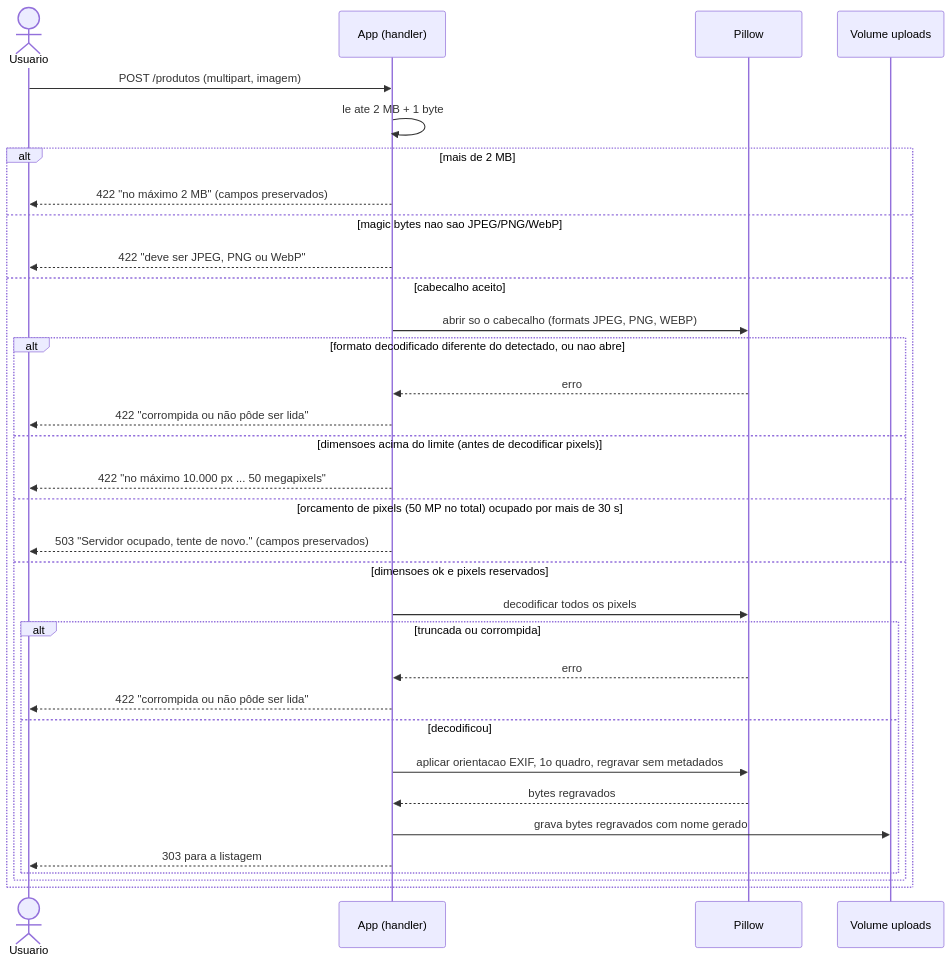
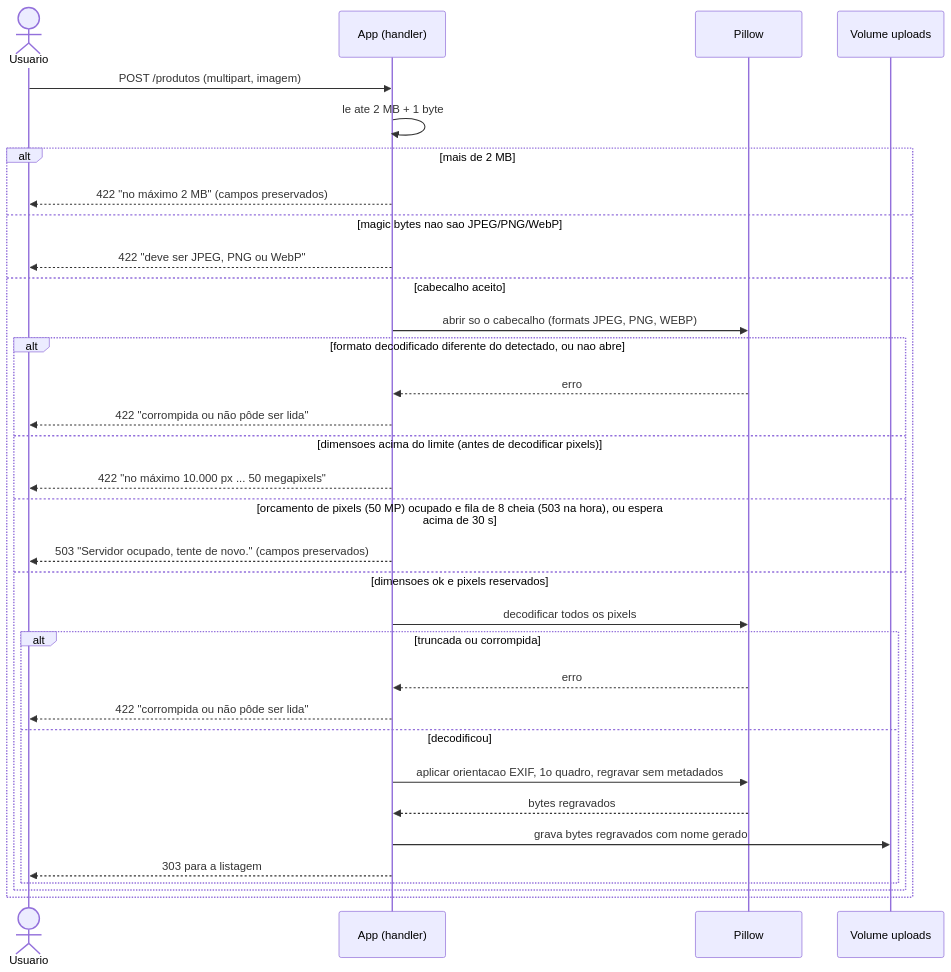
The fifth of 6 diagrams in docs/modelos/modelos.md (IgorCdeLima/lab), drawn with Mermaid before and after one commit. The commit also changed 3 other files, not shown here.

First line of the commit message:
fix(imagens): fila de espera limitada com 503 imediato (SEC-T0010-02)

````diff
--- a/docs/modelos/modelos.md
+++ b/docs/modelos/modelos.md
@@ -68,35 +68,35 @@
 ```mermaid
 sequenceDiagram
     actor U as Usuario
     participant A as App (handler)
     participant P as Pillow
     participant V as Volume uploads
     U->>A: POST /produtos (multipart, imagem)
     A->>A: le ate 2 MB + 1 byte
     alt mais de 2 MB
         A-->>U: 422 "no máximo 2 MB" (campos preservados)
     else magic bytes nao sao JPEG/PNG/WebP
         A-->>U: 422 "deve ser JPEG, PNG ou WebP"
     else cabecalho aceito
         A->>P: abrir so o cabecalho (formats JPEG, PNG, WEBP)
         alt formato decodificado diferente do detectado, ou nao abre
             P-->>A: erro
             A-->>U: 422 "corrompida ou não pôde ser lida"
         else dimensoes acima do limite (antes de decodificar pixels)
             A-->>U: 422 "no máximo 10.000 px ... 50 megapixels"
-        else orcamento de pixels (50 MP no total) ocupado por mais de 30 s
+        else orcamento de pixels (50 MP) ocupado e fila de 8 cheia (503 na hora), ou espera acima de 30 s
             A-->>U: 503 "Servidor ocupado, tente de novo." (campos preservados)
         else dimensoes ok e pixels reservados
             A->>P: decodificar todos os pixels
             alt truncada ou corrompida
                 P-->>A: erro
                 A-->>U: 422 "corrompida ou não pôde ser lida"
             else decodificou
                 A->>P: aplicar orientacao EXIF, 1o quadro, regravar sem metadados
                 P-->>A: bytes regravados
                 A->>V: grava bytes regravados com nome gerado
                 A-->>U: 303 para a listagem
             end
         end
     end
 ```
````
